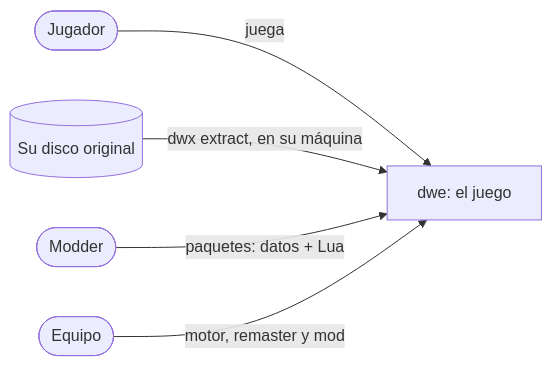
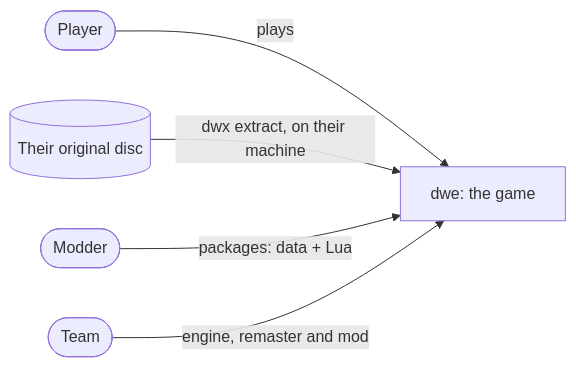
The first of 2 diagrams in docs/architecture/overview.md (Indie-Modding-Games/dw-engine), drawn with Mermaid before and after one commit. The commit also changed other lines of this file and 1244 other files, not shown here.

````diff
--- a/docs/architecture/overview.md
+++ b/docs/architecture/overview.md
@@ -26,7 +26,7 @@
 ```mermaid
 flowchart LR
-    player([Jugador]) -->|juega| game[dwe: el juego]
-    disc[(Su disco original)] -->|dwx extract, en su máquina| game
-    modder([Modder]) -->|paquetes: datos + Lua| game
-    team([Equipo]) -->|motor, remaster y mod| game
+    player([Player]) -->|plays| game[dwe: the game]
+    disc[(Their original disc)] -->|dwx extract, on their machine| game
+    modder([Modder]) -->|packages: data + Lua| game
+    team([Team]) -->|engine, remaster and mod| game
 ```
````
